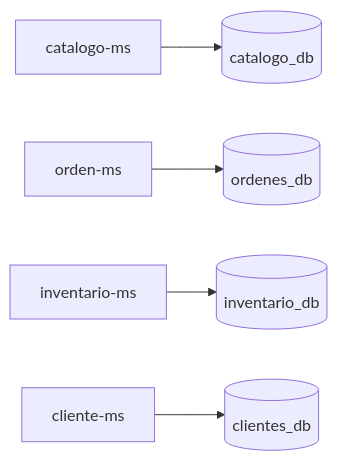
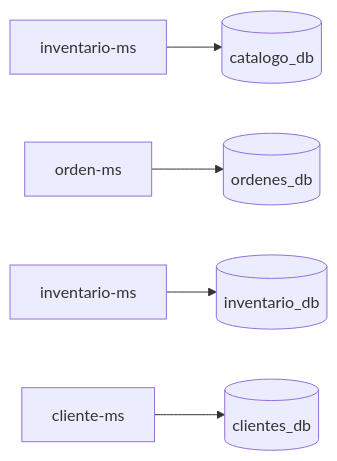
The fifth of 6 diagrams in docs/proyecto-sello/u1-producto.md (rbn-69-cod/MediZano_microservicios), drawn with Mermaid before and after one commit. The commit also changed other lines of this file and 68 other files, not shown here.

````diff
--- a/docs/proyecto-sello/u1-producto.md
+++ b/docs/proyecto-sello/u1-producto.md
@@ -120,7 +120,7 @@
 ```mermaid
 flowchart LR
-    CAT[catalogo-ms] --> DB1[(catalogo_db)]
+    CAT[inventario-ms] --> DB1[(catalogo_db)]
     ORD[orden-ms] --> DB2[(ordenes_db)]
     INV[inventario-ms] --> DB3[(inventario_db)]
     CLI[cliente-ms] --> DB4[(clientes_db)]
 ```
````
